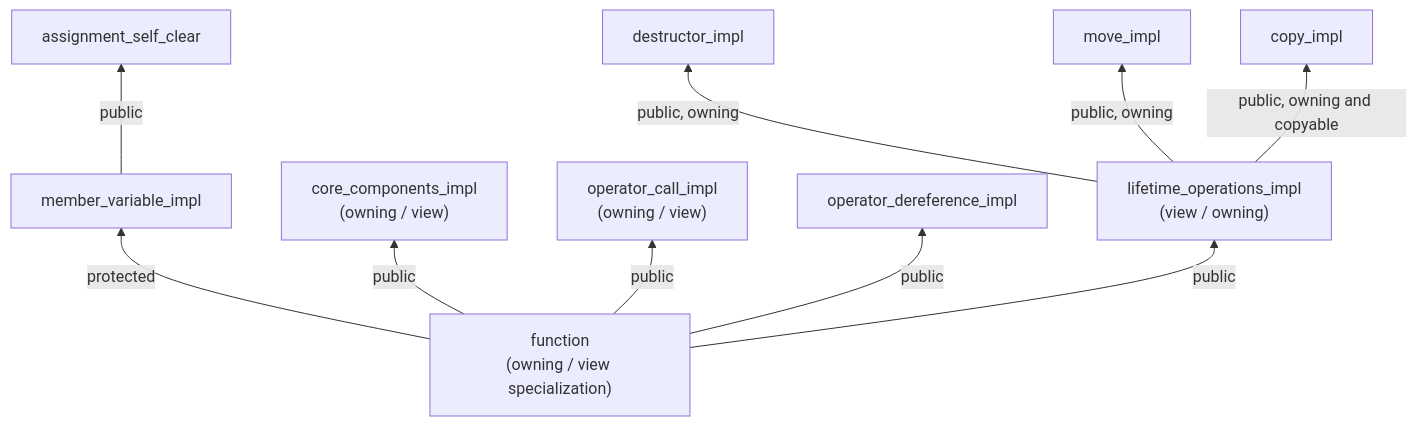
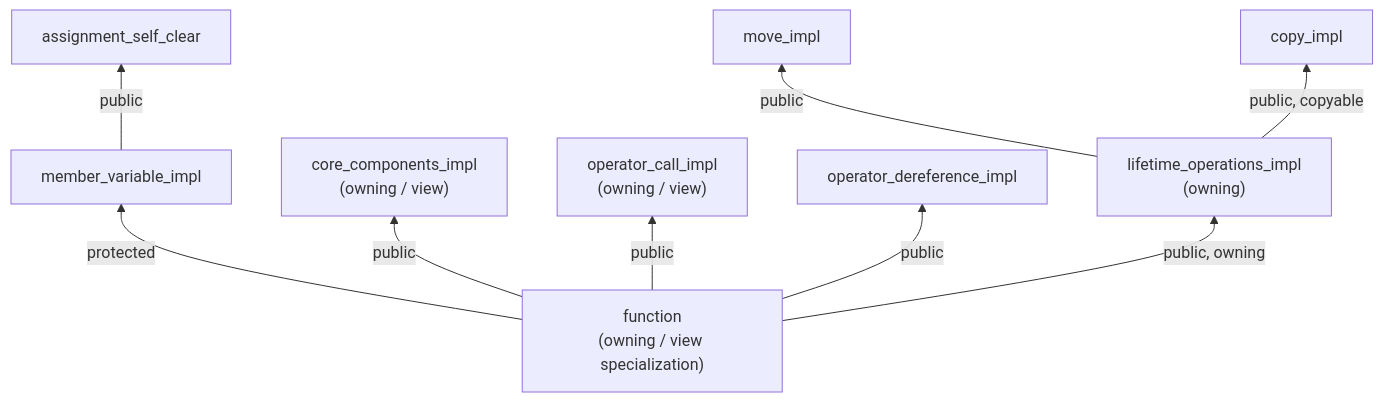
The diagram in docs/api/detail/function.md (Kim-J-Smith/Embedded-Function), drawn with Mermaid before and after one commit. The commit also changed other lines of this file and 6 other files, not shown here.

````diff
--- a/docs/api/detail/function.md
+++ b/docs/api/detail/function.md
@@ -13,23 +13,21 @@
 ```mermaid
 graph BT;
   F["function<br/>(owning / view specialization)"]
   MV["member_variable_impl"]
   CC["core_components_impl<br/>(owning / view)"]
   ASC["assignment_self_clear"]
   OC["operator_call_impl<br/>(owning / view)"]
   OD["operator_dereference_impl"]
-  LO["lifetime_operations_impl<br/>(view / owning)"]
-  D["destructor_impl"]
+  LO["lifetime_operations_impl<br/>(owning)"]
   M["move_impl"]
   C["copy_impl"]
 
   F -->|protected| MV
   F -->|public| CC
   F -->|public| OC
   F -->|public| OD
-  F -->|public| LO
+  F -->|public, owning| LO
   MV -->|public| ASC
-  LO -->|public, owning| D
-  LO -->|public, owning| M
-  LO -->|public, owning and copyable| C
+  LO -->|public| M
+  LO -->|public, copyable| C
 ```
````
